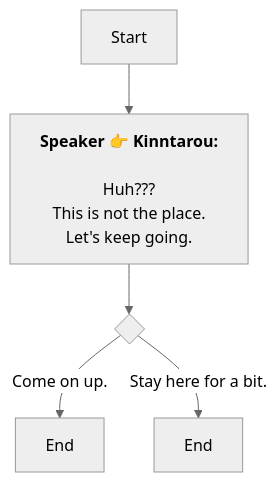
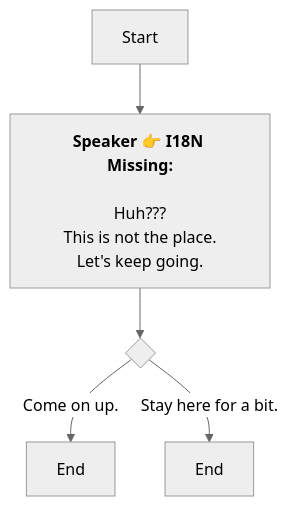
Before and after one commit to SoftHu/tos_avg: the diagram in En/QuestStartTalkENode_1741442307334371.md, drawn with Mermaid (neutral theme). The commit also changed 199 other files, not shown here.

````diff
--- a/En/QuestStartTalkENode_1741442307334371.md
+++ b/En/QuestStartTalkENode_1741442307334371.md
@@ -1,12 +1,12 @@
 ```mermaid
 graph
-Start -->1741442449087714[<b>Speaker 👉 Kinntarou:</b>
+Start -->1741442449087714[<b>Speaker 👉 I18N Missing:</b>
 
 Huh???
 This is not the place.
 Let's keep going.]
 1741442449087714 -->1741443793406180{ }
 1741443793406180 -->|Come on up.|1741442581405923[End]
 1741443793406180 -->|Stay here for a bit.|1741443843541225[End]
 
  ```
````
